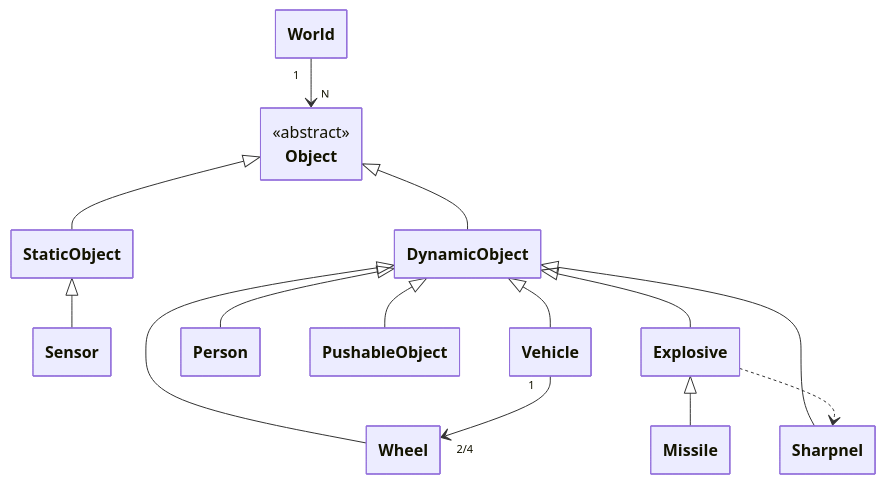
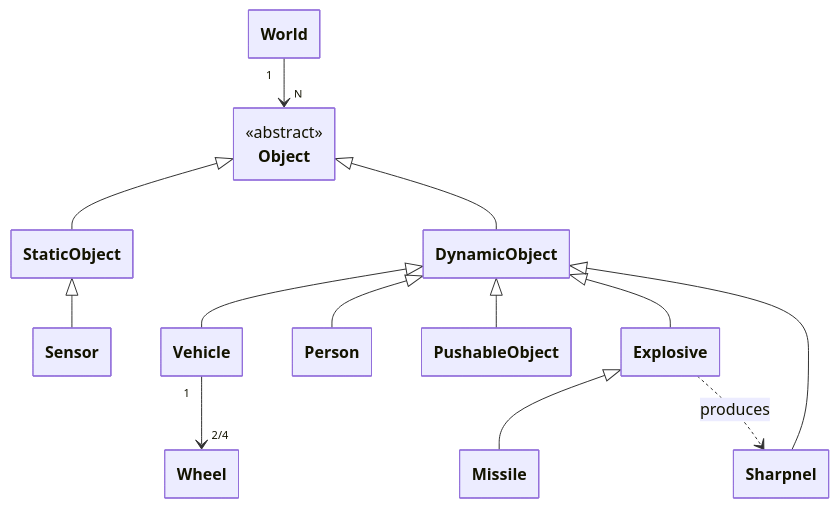
Before and after one commit to andrenho/rt: the diagram in topdown/README.md, drawn with Mermaid.

````diff
--- a/topdown/README.md
+++ b/topdown/README.md
@@ -3,23 +3,22 @@
 ```mermaid
 ---
   config:
     class:
       hideEmptyMembersBox: true
 ---
 classDiagram
     World "1" --> "N" Object
     Object <|-- StaticObject
     StaticObject <|-- Sensor
     Object <|-- DynamicObject
     DynamicObject <|-- Vehicle
     DynamicObject <|-- Person
     DynamicObject <|-- PushableObject
     DynamicObject <|-- Explosive
     Explosive <|-- Missile
     DynamicObject <|-- Sharpnel
-    Explosive ..> Sharpnel
-    DynamicObject <|-- Wheel
+    Explosive ..> Sharpnel : produces
     Vehicle "1" --> "2/4" Wheel
     
     <<abstract>> Object
 ```
````
